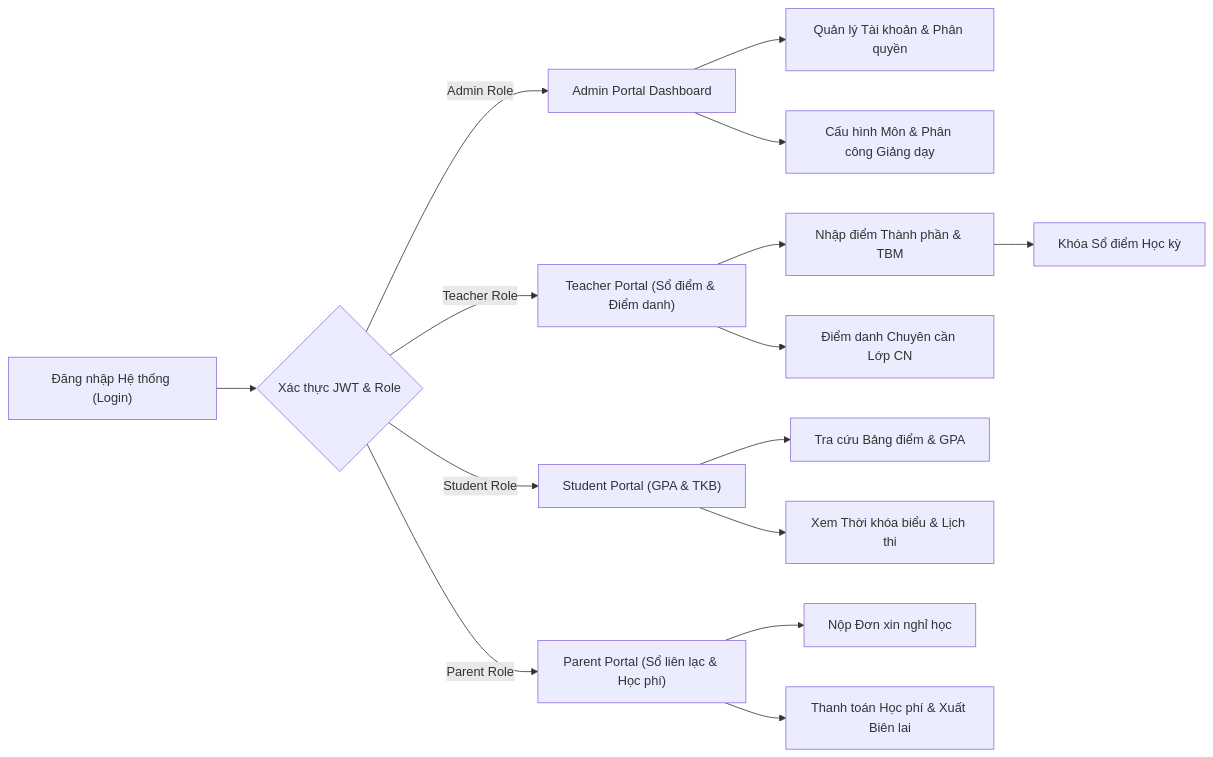
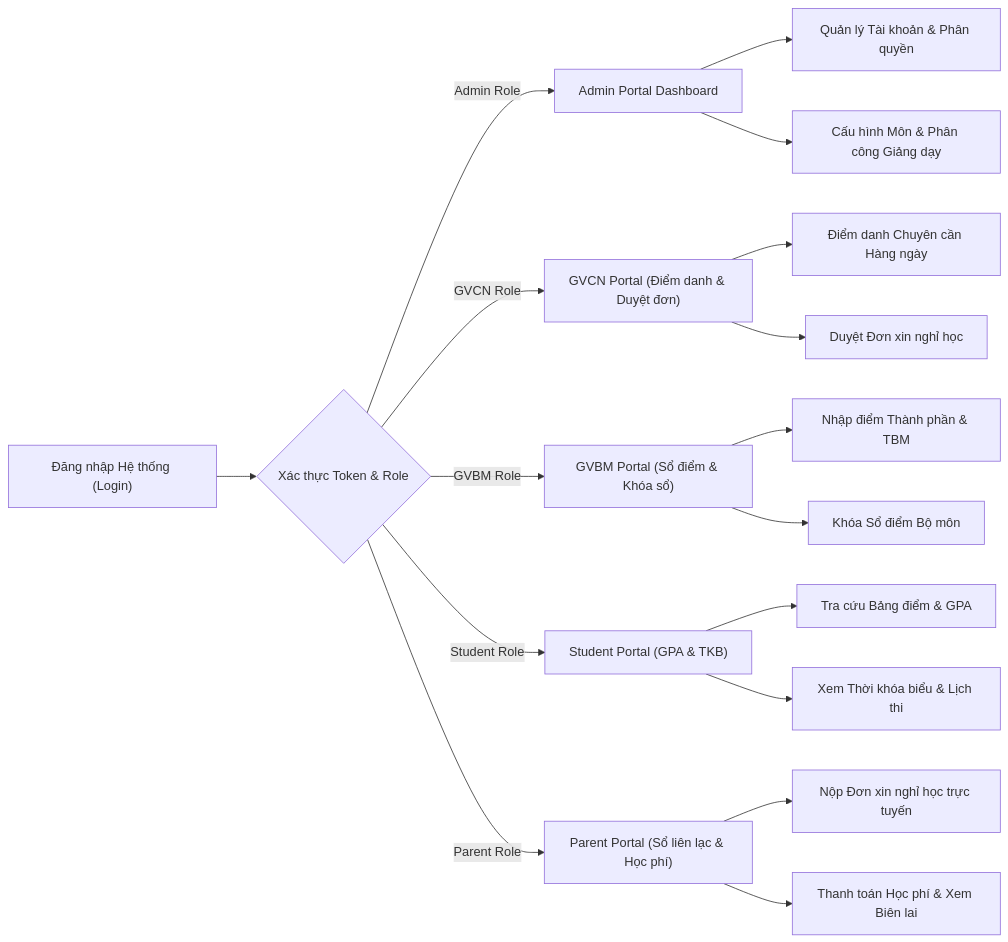
Before and after one commit to DYBInh2k5/Phat-Trien-Du-An-Phan-Mem: the diagram in BrainStorm/Week2 UXUI .md, drawn with Mermaid. The commit also changed other lines of this file and 10 other files, not shown here.

````diff
--- a/BrainStorm/Week2 UXUI .md
+++ b/BrainStorm/Week2 UXUI .md
@@ -241,21 +197,24 @@
 ```mermaid
 flowchart LR
-    A["Đăng nhập Hệ thống (Login)"] --> B{"Xác thực JWT & Role"}
+    A["Đăng nhập Hệ thống (Login)"] --> B{"Xác thực Token & Role"}
     B -->|Admin Role| C["Admin Portal Dashboard"]
-    B -->|Teacher Role| D["Teacher Portal (Sổ điểm & Điểm danh)"]
+    B -->|GVCN Role| D1["GVCN Portal (Điểm danh & Duyệt đơn)"]
+    B -->|GVBM Role| D2["GVBM Portal (Sổ điểm & Khóa sổ)"]
     B -->|Student Role| E["Student Portal (GPA & TKB)"]
     B -->|Parent Role| F["Parent Portal (Sổ liên lạc & Học phí)"]
 
     C --> C1["Quản lý Tài khoản & Phân quyền"]
     C --> C2["Cấu hình Môn & Phân công Giảng dạy"]
 
-    D --> D1["Nhập điểm Thành phần & TBM"]
-    D --> D2["Điểm danh Chuyên cần Lớp CN"]
-    D1 --> D3["Khóa Sổ điểm Học kỳ"]
+    D1 --> D11["Điểm danh Chuyên cần Hàng ngày"]
+    D1 --> D12["Duyệt Đơn xin nghỉ học"]
+
+    D2 --> D21["Nhập điểm Thành phần & TBM"]
+    D2 --> D22["Khóa Sổ điểm Bộ môn"]
 
     E --> E1["Tra cứu Bảng điểm & GPA"]
     E --> E2["Xem Thời khóa biểu & Lịch thi"]
 
-    F --> F1["Nộp Đơn xin nghỉ học"]
-    F --> F2["Thanh toán Học phí & Xuất Biên lai"]
+    F --> F1["Nộp Đơn xin nghỉ học trực tuyến"]
+    F --> F2["Thanh toán Học phí & Xem Biên lai"]
 ```
````
